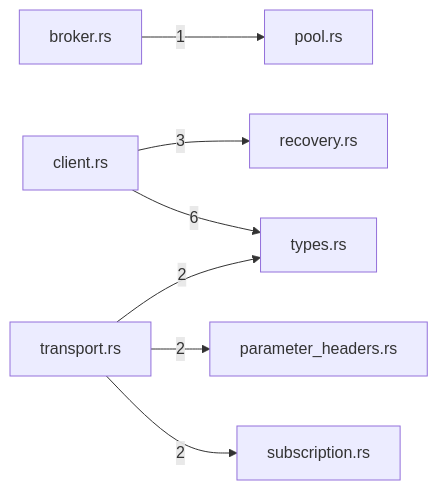
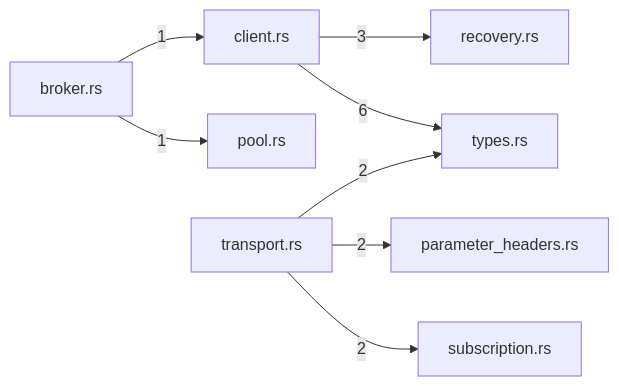
The diagram in crates/mcp/docs/generated/index.md (TekesApps/TekesKernel), drawn with Mermaid before and after one commit. The commit also changed other lines of this file and 147 other files, not shown here.

````diff
--- a/crates/mcp/docs/generated/index.md
+++ b/crates/mcp/docs/generated/index.md
@@ -61,17 +61,18 @@
 ```mermaid
 flowchart LR
   m0["broker.rs"]
   m1["client.rs"]
   m2["parameter_headers.rs"]
   m3["pool.rs"]
   m4["recovery.rs"]
   m5["subscription.rs"]
   m6["transport.rs"]
   m7["types.rs"]
+  m0 -->|"1"| m1
   m0 -->|"1"| m3
   m1 -->|"3"| m4
   m1 -->|"6"| m7
   m6 -->|"2"| m2
   m6 -->|"2"| m5
   m6 -->|"2"| m7
 ```
````
